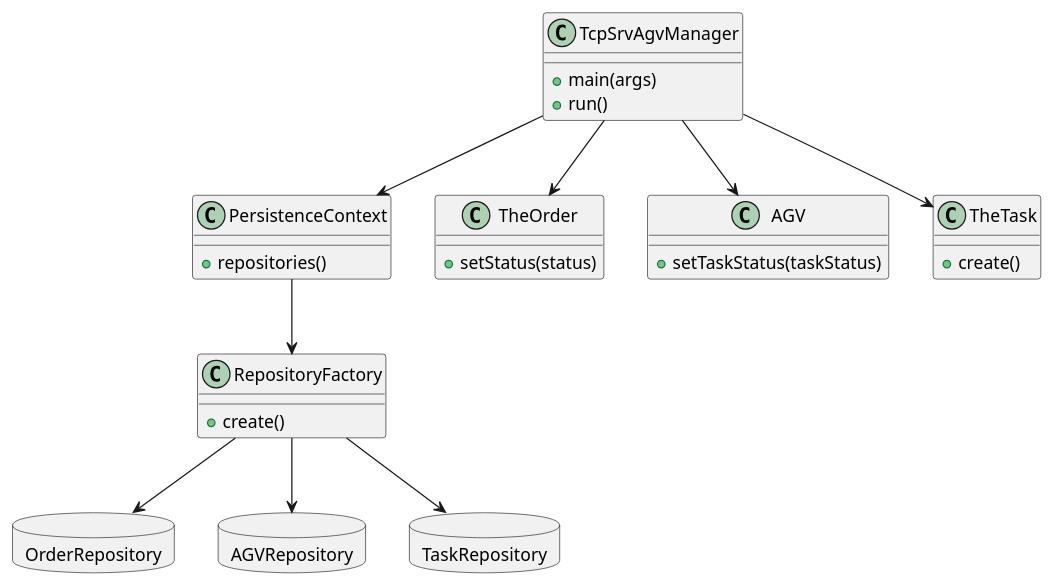
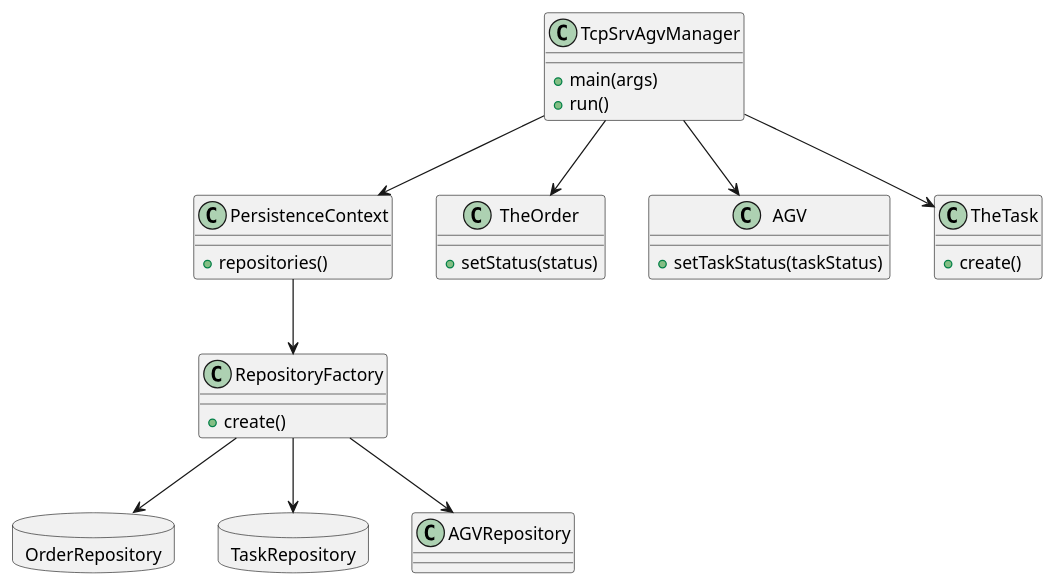
One commit to ana-albergaria/LAPR4-ISEP changed the diagram in docs/1201592/US4002/US_4002_CD.puml. Above: the diagram before and after it, drawn with PlantUML. The commit also changed 7 other files, not shown here.

```diff
--- a/docs/1201592/US4002/US_4002_CD.puml
+++ b/docs/1201592/US4002/US_4002_CD.puml
@@ -1,49 +1,46 @@
 @startuml
 
 class TcpSrvAgvManager{
 +main(args)
 +run()
 }
 
 class PersistenceContext{
 +repositories()
 }
 
 class RepositoryFactory{
 +create()
 }
 
 database OrderRepository{
-}
-
-database AGVRepository{
 }
 
 database TaskRepository{
 }
 
 class TheOrder{
 +setStatus(status)
 }
 
 class AGV{
 +setTaskStatus(taskStatus)
 }
 
 class TheTask{
 +create()
 }
 
 TcpSrvAgvManager --> PersistenceContext
 
 PersistenceContext --> RepositoryFactory
 
 RepositoryFactory --> OrderRepository
 RepositoryFactory --> AGVRepository
 RepositoryFactory --> TaskRepository
 
 TcpSrvAgvManager --> TheOrder
 TcpSrvAgvManager --> AGV
 TcpSrvAgvManager --> TheTask
 
 @enduml
```
